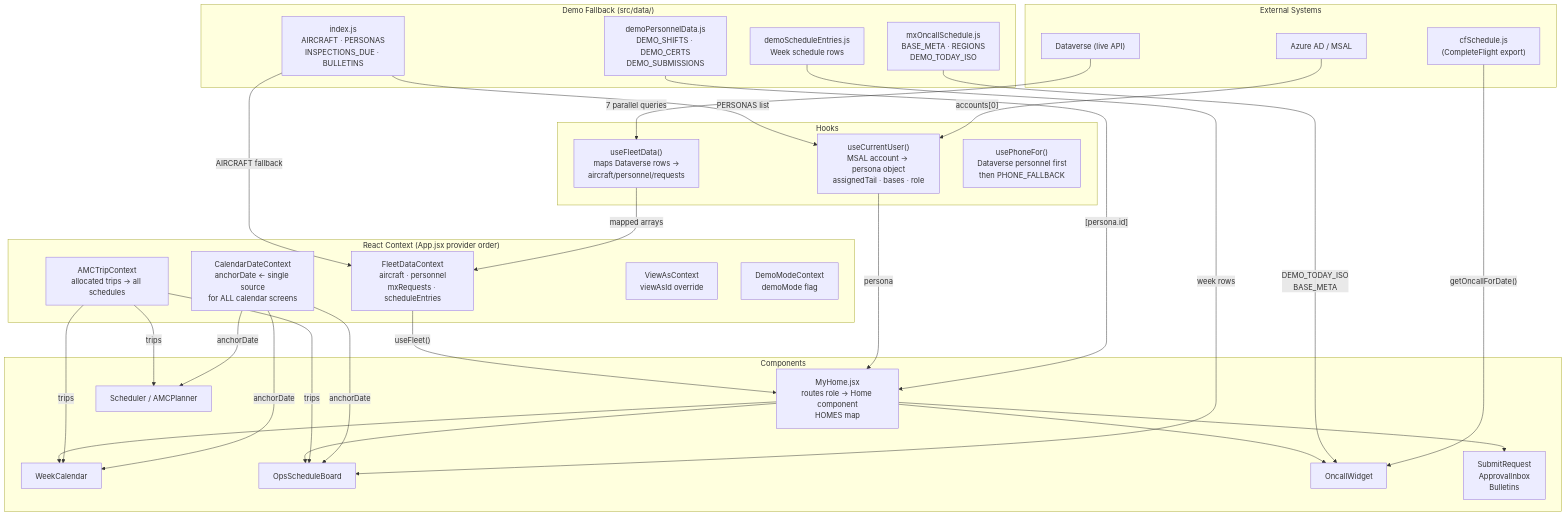
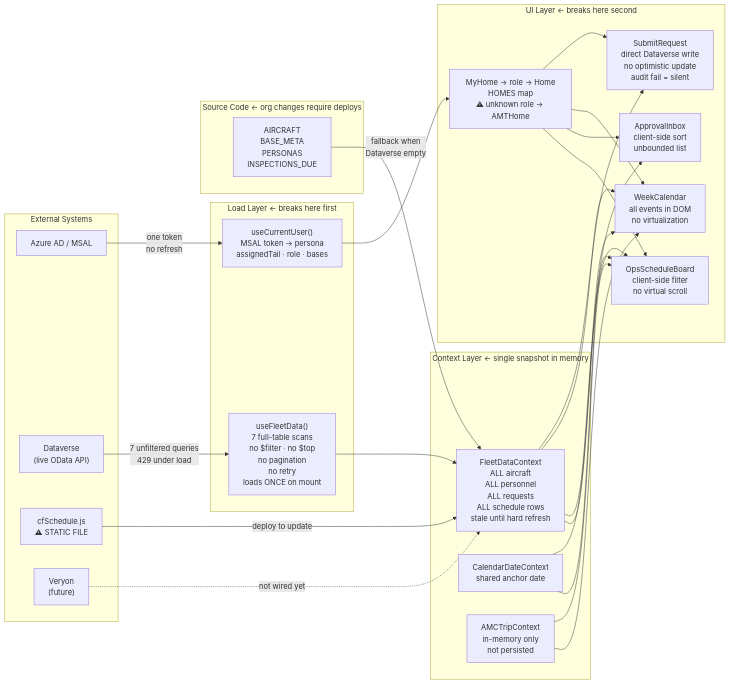
The diagram in docs/data-flow.md (natehorst240-sketch/ops-connect), drawn with Mermaid before and after one commit. The commit also changed other lines of this file, not shown here.

First line of the commit message:
Replace demo guide with enterprise architecture failure analysis

````diff
--- a/docs/data-flow.md
+++ b/docs/data-flow.md
@@ -10,62 +14,55 @@
 ```mermaid
-flowchart TD
+flowchart LR
     subgraph EXT["External Systems"]
         AZ["Azure AD / MSAL"]
-        DV["Dataverse (live API)"]
-        CF["cfSchedule.js\n(CompleteFlight export)"]
+        DV["Dataverse\n(live OData API)"]
+        CF["cfSchedule.js\n⚠ STATIC FILE"]
+        VY["Veryon\n(future)"]
     end
 
-    subgraph STATIC["Demo Fallback  (src/data/)"]
-        IDX["index.js\nAIRCRAFT · PERSONAS\nINSPECTIONS_DUE · BULLETINS"]
-        DPD["demoPersonnelData.js\nDEMO_SHIFTS · DEMO_CERTS\nDEMO_SUBMISSIONS"]
-        ONC["mxOncallSchedule.js\nBASE_META · REGIONS\nDEMO_TODAY_ISO"]
-        SCH["demoScheduleEntries.js\nWeek schedule rows"]
+    subgraph LOAD["Load Layer  ← breaks here first"]
+        UFD["useFleetData()\n7 full-table scans\nno $filter · no $top\nno pagination\nno retry\nloads ONCE on mount"]
+        UCU["useCurrentUser()\nMSAL token → persona\nassignedTail · role · bases"]
     end
 
-    subgraph HOOKS["Hooks"]
-        UFD["useFleetData()\nmaps Dataverse rows →\naircraft/personnel/requests"]
-        UCU["useCurrentUser()\nMSAL account → persona object\nassignedTail · bases · role"]
-        UPF["usePhoneFor()\nDataverse personnel first\nthen PHONE_FALLBACK"]
+    subgraph CTX["Context Layer  ← single snapshot in memory"]
+        FDC["FleetDataContext\nALL aircraft\nALL personnel\nALL requests\nALL schedule rows\nstale until hard refresh"]
+        CDC["CalendarDateContext\nshared anchor date"]
+        ATC["AMCTripContext\nin-memory only\nnot persisted"]
     end
 
-    subgraph CTX["React Context (App.jsx provider order)"]
-        FDC["FleetDataContext\naircraft · personnel\nmxRequests · scheduleEntries"]
-        CDC["CalendarDateContext\nanchorDate ← single source\nfor ALL calendar screens"]
-        ATC["AMCTripContext\nallocated trips → all schedules"]
-        VAC["ViewAsContext\nviewAsId override"]
-        DMC["DemoModeContext\ndemoMode flag"]
+    subgraph UI["UI Layer  ← breaks here second"]
+        HOME["MyHome → role → Home\nHOMES map\n⚠ unknown role → AMTHome"]
+        BOARD["OpsScheduleBoard\nclient-side filter\nno virtual scroll"]
+        INBOX["ApprovalInbox\nclient-side sort\nunbounded list"]
+        CAL["WeekCalendar\nall events in DOM\nno virtualization"]
+        FORMS["SubmitRequest\ndirect Dataverse write\nno optimistic update\naudit fail = silent"]
     end
 
-    subgraph UI["Components"]
-        HOME["MyHome.jsx\nroutes role → Home component\nHOMES map"]
-        CAL["WeekCalendar"]
-        OPS["OpsScheduleBoard"]
-        ONC2["OncallWidget"]
-        SCHED["Scheduler / AMCPlanner"]
-        FORMS["SubmitRequest\nApprovalInbox\nBulletins"]
+    subgraph STATIC["Source Code  ← org changes require deploys"]
+        IDX["AIRCRAFT\nBASE_META\nPERSONAS\nINSPECTIONS_DUE"]
     end
 
-    AZ -->|"accounts[0]"| UCU
-    DV -->|"7 parallel queries"| UFD
-    UFD -->|"mapped arrays"| FDC
-    CF -->|"getOncallForDate()"| ONC2
-    IDX -->|"AIRCRAFT fallback"| FDC
-    IDX -->|"PERSONAS list"| UCU
-    DPD -->|"[persona.id]"| HOME
-    ONC -->|"DEMO_TODAY_ISO\nBASE_META"| ONC2
-    SCH -->|"week rows"| OPS
+    AZ -->|"one token\nno refresh"| UCU
+    DV -->|"7 unfiltered queries\n429 under load"| UFD
+    CF -->|"deploy to update"| FDC
+    VY -.->|"not wired yet"| FDC
 
-    UCU -->|"persona"| HOME
-    FDC -->|"useFleet()"| HOME
-    CDC -->|"anchorDate"| CAL
-    CDC -->|"anchorDate"| OPS
-    CDC -->|"anchorDate"| SCHED
-    ATC -->|"trips"| CAL
-    ATC -->|"trips"| OPS
-    ATC -->|"trips"| SCHED
+    UFD --> FDC
+    IDX -->|"fallback when\nDataverse empty"| FDC
+    UCU --> HOME
 
+    FDC --> BOARD
+    FDC --> INBOX
+    FDC --> CAL
+    FDC --> FORMS
+    CDC --> BOARD
+    CDC --> CAL
+    ATC --> CAL
+    ATC --> BOARD
+
+    HOME --> BOARD
+    HOME --> INBOX
     HOME --> CAL
-    HOME --> OPS
-    HOME --> ONC2
     HOME --> FORMS
 ```
````
